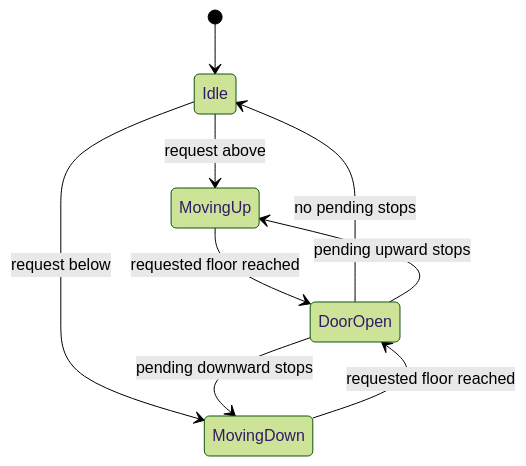
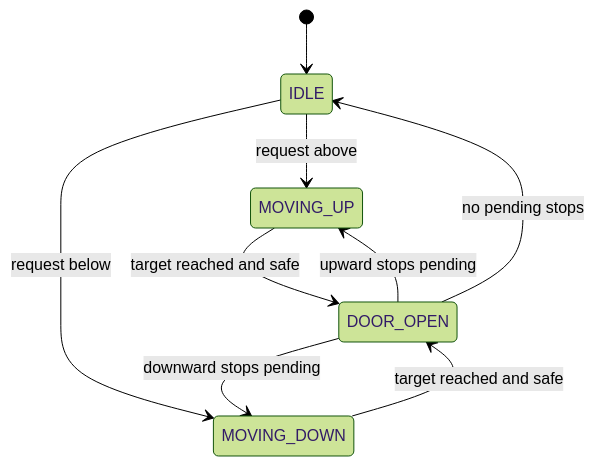
Before and after one commit to kowlutla/Interview-Preparation: the fourth of 5 diagrams in Design-Patterns-LLD/Design-Patterns-LLD-Interview-QA.md, drawn with Mermaid (forest theme). The commit also changed other lines of this file, not shown here.

````diff
--- a/Design-Patterns-LLD/Design-Patterns-LLD-Interview-QA.md
+++ b/Design-Patterns-LLD/Design-Patterns-LLD-Interview-QA.md
@@ -842,11 +844,11 @@
 ```mermaid
 stateDiagram-v2
-    [*] --> Idle
-    Idle --> MovingUp: request above
-    Idle --> MovingDown: request below
-    MovingUp --> DoorOpen: requested floor reached
-    MovingDown --> DoorOpen: requested floor reached
-    DoorOpen --> Idle: no pending stops
-    DoorOpen --> MovingUp: pending upward stops
-    DoorOpen --> MovingDown: pending downward stops
+    [*] --> IDLE
+    IDLE --> MOVING_UP: request above
+    IDLE --> MOVING_DOWN: request below
+    MOVING_UP --> DOOR_OPEN: target reached and safe
+    MOVING_DOWN --> DOOR_OPEN: target reached and safe
+    DOOR_OPEN --> MOVING_UP: upward stops pending
+    DOOR_OPEN --> MOVING_DOWN: downward stops pending
+    DOOR_OPEN --> IDLE: no pending stops
 ```
````
